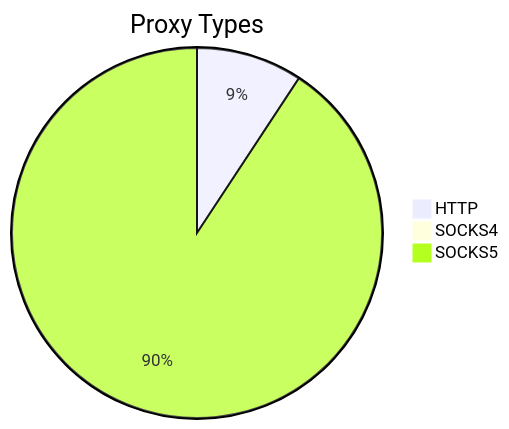
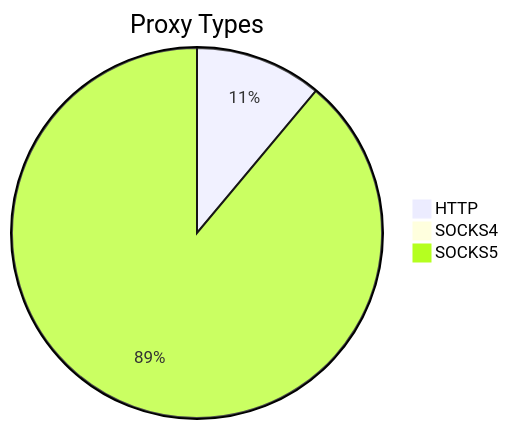
One commit to stormsia/proxy-list changed the first of 2 diagrams in README.md. Above: the diagram before and after it, drawn with Mermaid. The commit also changed other lines of this file, not shown here.

````diff
--- a/README.md
+++ b/README.md
@@ -21,6 +21,6 @@
 ```mermaid
 pie title Proxy Types
-    "HTTP" : 156
-    "SOCKS4" : 13
-    "SOCKS5" : 1527
+    "HTTP" : 130
+    "SOCKS4" : 5
+    "SOCKS5" : 1043
 ```
````
